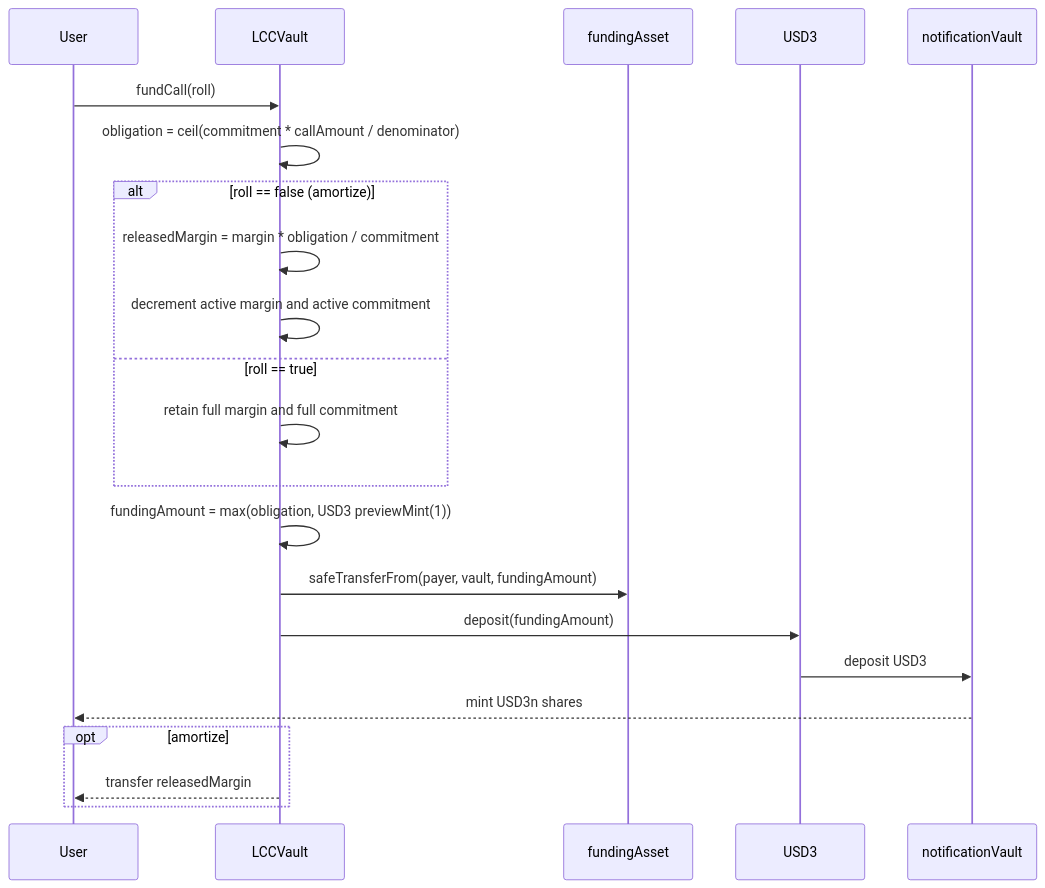
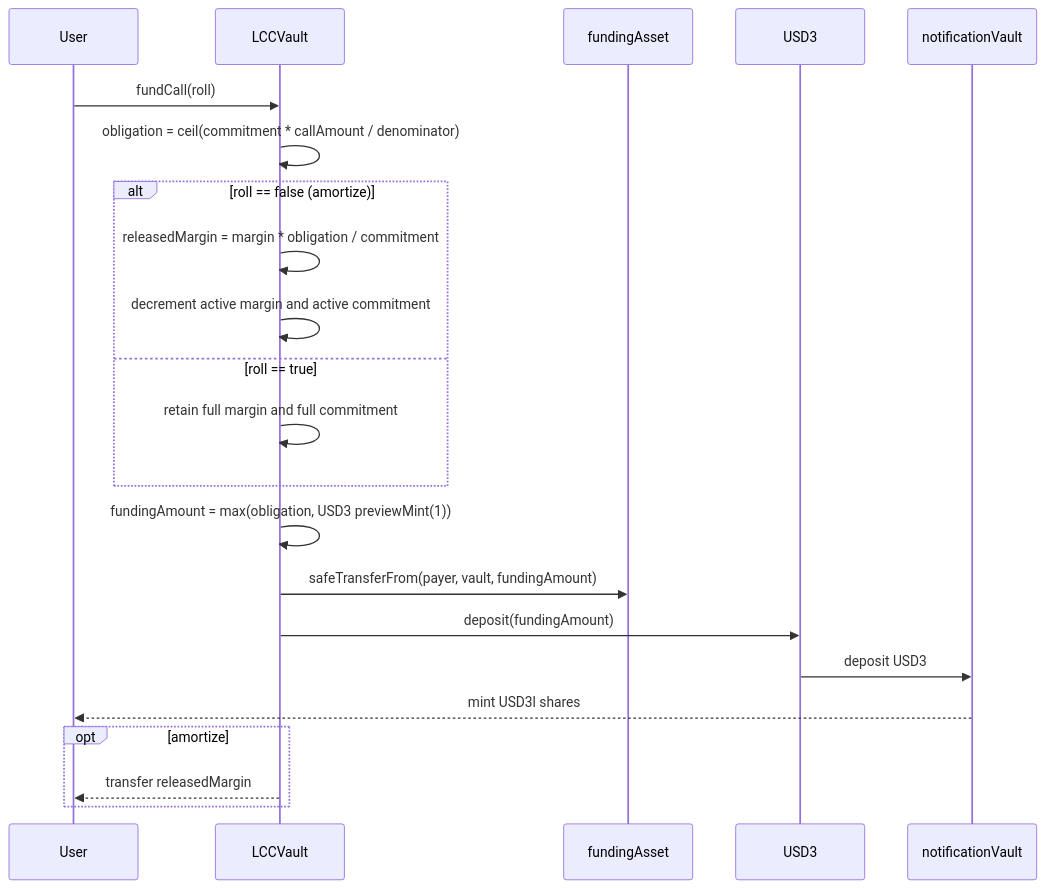
Before and after one commit to 3jane-protocol/moneymarket-contracts: the third of 7 diagrams in src/lcc/README.md, drawn with Mermaid. The commit also changed other lines of this file and 49 other files, not shown here.

````diff
--- a/src/lcc/README.md
+++ b/src/lcc/README.md
@@ -294,24 +340,24 @@
 ```mermaid
 sequenceDiagram
     participant U as User
     participant V as LCCVault
     participant F as fundingAsset
     participant U3 as USD3
     participant NV as notificationVault
     U->>V: fundCall(roll)
     V->>V: obligation = ceil(commitment * callAmount / denominator)
     alt roll == false (amortize)
         V->>V: releasedMargin = margin * obligation / commitment
         V->>V: decrement active margin and active commitment
     else roll == true
         V->>V: retain full margin and full commitment
     end
     V->>V: fundingAmount = max(obligation, USD3 previewMint(1))
     V->>F: safeTransferFrom(payer, vault, fundingAmount)
     V->>U3: deposit(fundingAmount)
     U3->>NV: deposit USD3
-    NV-->>U: mint USD3n shares
+    NV-->>U: mint USD3l shares
     opt amortize
         V-->>U: transfer releasedMargin
     end
 ```
````
